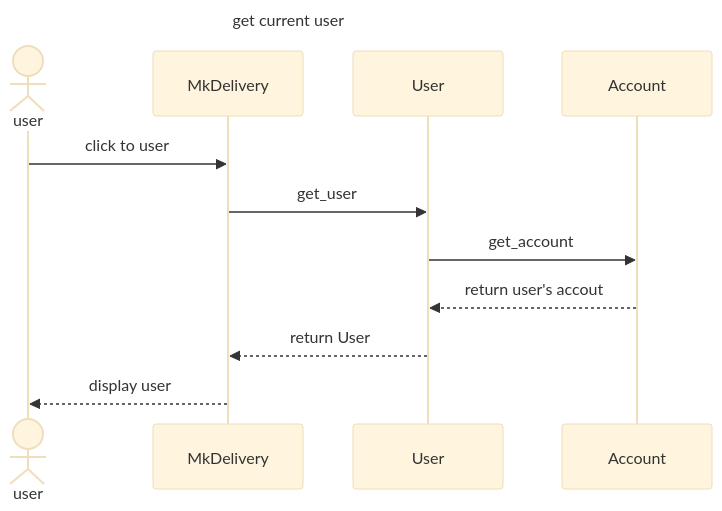
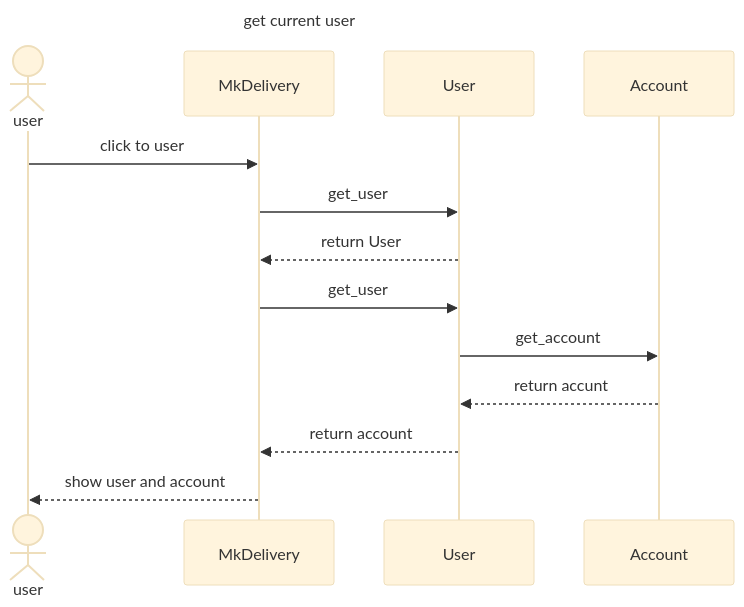
One commit to MxMhx/OOP_Project_MK_website changed the diagram in sequence_diag/users/get current user.mmd. Above: the diagram before and after it, drawn with Mermaid (base theme). The commit also changed 185 other files, not shown here.

```diff
--- a/sequence_diag/users/get current user.mmd
+++ b/sequence_diag/users/get current user.mmd
@@ -1,13 +1,15 @@
 sequenceDiagram
     title get current user
     actor user
     participant MkDelivery
     participant User
     participant Account
    
     user ->> MkDelivery:click to user
     MkDelivery ->> User:get_user
+    User -->> MkDelivery:return User
+    MkDelivery ->> User:get_user
     User ->> Account:get_account
-    Account -->> User :return user's accout
-    User -->> MkDelivery:return User
-    MkDelivery -->> user:display user
+    Account -->> User:return accunt
+    User -->> MkDelivery:return account
+    MkDelivery -->> user:show user and account
```
